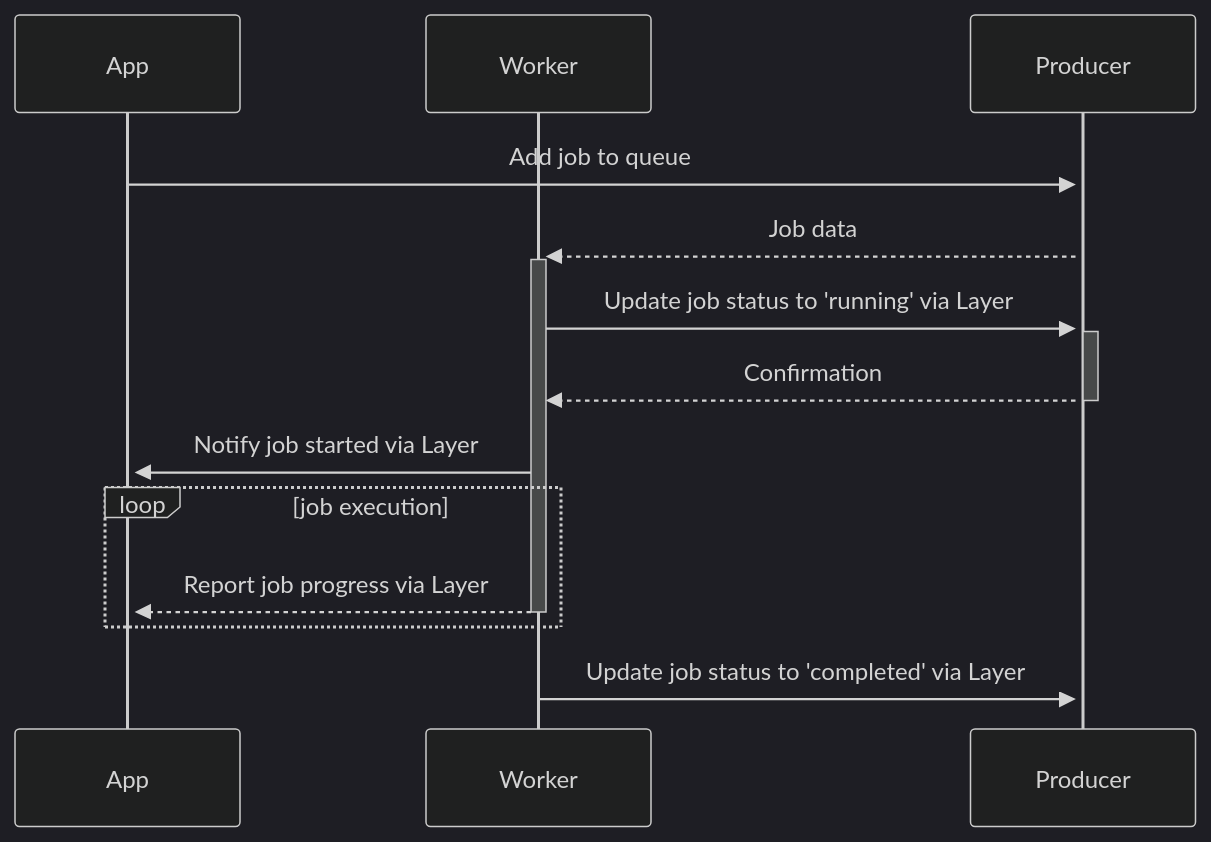
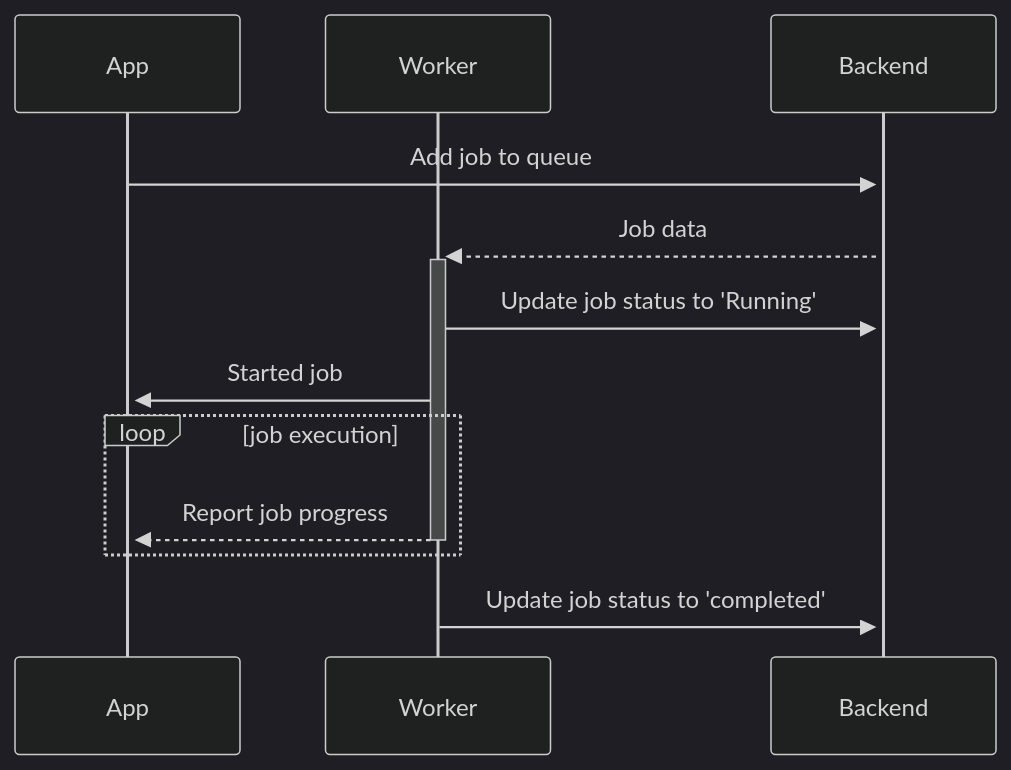
One commit to geofmureithi/apalis changed the diagram in README.md. Above: the diagram before and after it, drawn with Mermaid (dark theme). The commit also changed other lines of this file and 7 other files, not shown here.

````diff
--- a/README.md
+++ b/README.md
@@ -152,16 +153,15 @@
 ```mermaid
 sequenceDiagram
     participant App
     participant Worker
-    participant Producer
+    participant Backend
 
-    App->>+Producer: Add job to queue
-    Producer-->>+Worker: Job data
-    Worker->>+Producer: Update job status to 'running' via Layer
-    Producer-->>-Worker: Confirmation
-    Worker->>+App: Notify job started via Layer
+    App->>+Backend: Add job to queue
+    Backend-->>+Worker: Job data
+    Worker->>+Backend: Update job status to 'Running'
+    Worker->>+App: Started job
     loop job execution
-        Worker-->>-App: Report job progress via Layer
+        Worker-->>-App: Report job progress
     end
-    Worker->>+Producer: Update job status to 'completed' via Layer
+    Worker->>+Backend: Update job status to 'completed'
 ```
````
